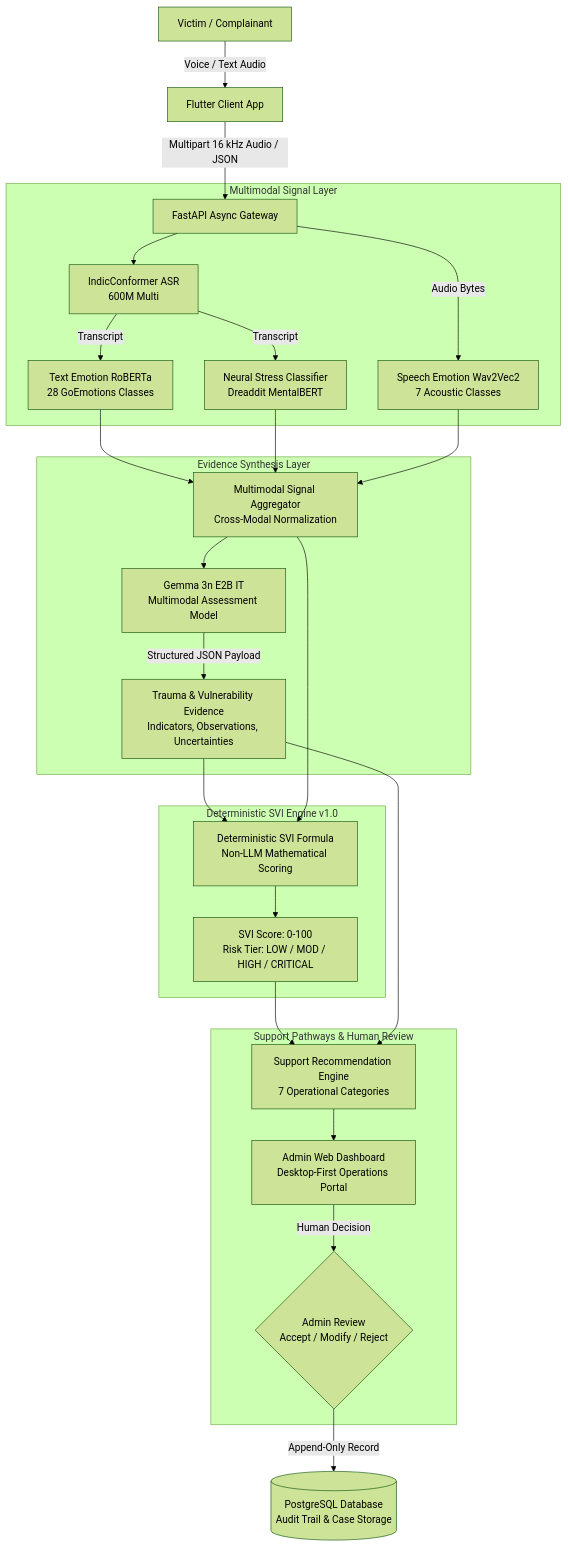
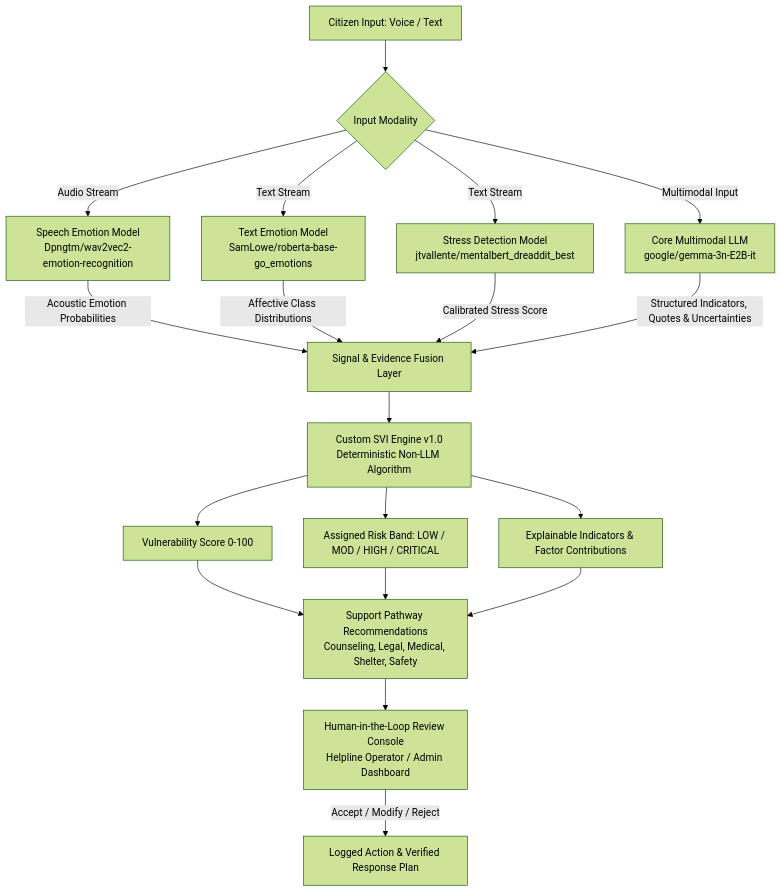
Before and after one commit to revanth-kumar-02/SIH26093: the second of 4 diagrams in README.md, drawn with Mermaid (forest theme). The commit also changed other lines of this file and 11 other files, not shown here.

Commit message:
feat: integrate local Gemma LLM services and update project documentation

````diff
--- a/README.md
+++ b/README.md
@@ -38,45 +185,26 @@
 ```mermaid
 flowchart TD
-    A[Victim / Complainant] -->|Voice / Text Audio| B[Flutter Client App]
-    B -->|Multipart 16 kHz Audio / JSON| C[FastAPI Async Gateway]
+    A[Citizen Input: Voice / Text] --> B{Input Modality}
     
-    subgraph Signal_Extraction [Multimodal Signal Layer]
-        C --> D[IndicConformer ASR
-600M Multi]
-        D -->|Transcript| E[Text Emotion RoBERTa
-28 GoEmotions Classes]
-        D -->|Transcript| F[Neural Stress Classifier
-Dreaddit MentalBERT]
-        C -->|Audio Bytes| G[Speech Emotion Wav2Vec2
-7 Acoustic Classes]
-    end
+    B -->|Audio Stream| C1[Speech Emotion Model\nDpngtm/wav2vec2-emotion-recognition]
+    B -->|Text Stream| C2[Text Emotion Model\nSamLowe/roberta-base-go_emotions]
+    B -->|Text Stream| C3[Stress Detection Model\njtvallente/mentalbert_dreaddit_best]
+    B -->|Multimodal Input| C4[Core Multimodal LLM\ngoogle/gemma-3n-E2B-it]
     
-    E & F & G --> H[Multimodal Signal Aggregator
-Cross-Modal Normalization]
+    C1 -->|Acoustic Emotion Probabilities| D[Signal & Evidence Fusion Layer]
+    C2 -->|Affective Class Distributions| D
+    C3 -->|Calibrated Stress Score| D
+    C4 -->|Structured Indicators, Quotes & Uncertainties| D
     
-    subgraph Evidence_Reasoning [Evidence Synthesis Layer]
-        H --> I[Gemma 3n E2B IT
-Multimodal Assessment Model]
-        I -->|Structured JSON Payload| J[Trauma & Vulnerability Evidence
-Indicators, Observations, Uncertainties]
-    end
+    D --> E[Custom SVI Engine v1.0\nDeterministic Non-LLM Algorithm]
     
-    subgraph Triage_Engine [Deterministic SVI Engine v1.0]
-        J & H --> K[Deterministic SVI Formula
-Non-LLM Mathematical Scoring]
-        K --> L[SVI Score: 0-100
-Risk Tier: LOW / MOD / HIGH / CRITICAL]
-    end
+    E --> F[Vulnerability Score 0-100]
+    E --> G[Assigned Risk Band: LOW / MOD / HIGH / CRITICAL]
+    E --> H[Explainable Indicators & Factor Contributions]
     
-    subgraph Decision_Support [Support Pathways & Human Review]
-        L & J --> M[Support Recommendation Engine
-7 Operational Categories]
-        M --> N[Admin Web Dashboard
-Desktop-First Operations Portal]
-        N -->|Human Decision| O{Admin Review
-Accept / Modify / Reject}
-    end
+    F & G & H --> I[Support Pathway Recommendations\nCounseling, Legal, Medical, Shelter, Safety]
     
-    O -->|Append-Only Record| P[(PostgreSQL Database
-Audit Trail & Case Storage)]
+    I --> J[Human-in-the-Loop Review Console\nHelpline Operator / Admin Dashboard]
+    
+    J -->|Accept / Modify / Reject| K[Logged Action & Verified Response Plan]
 ```
````
